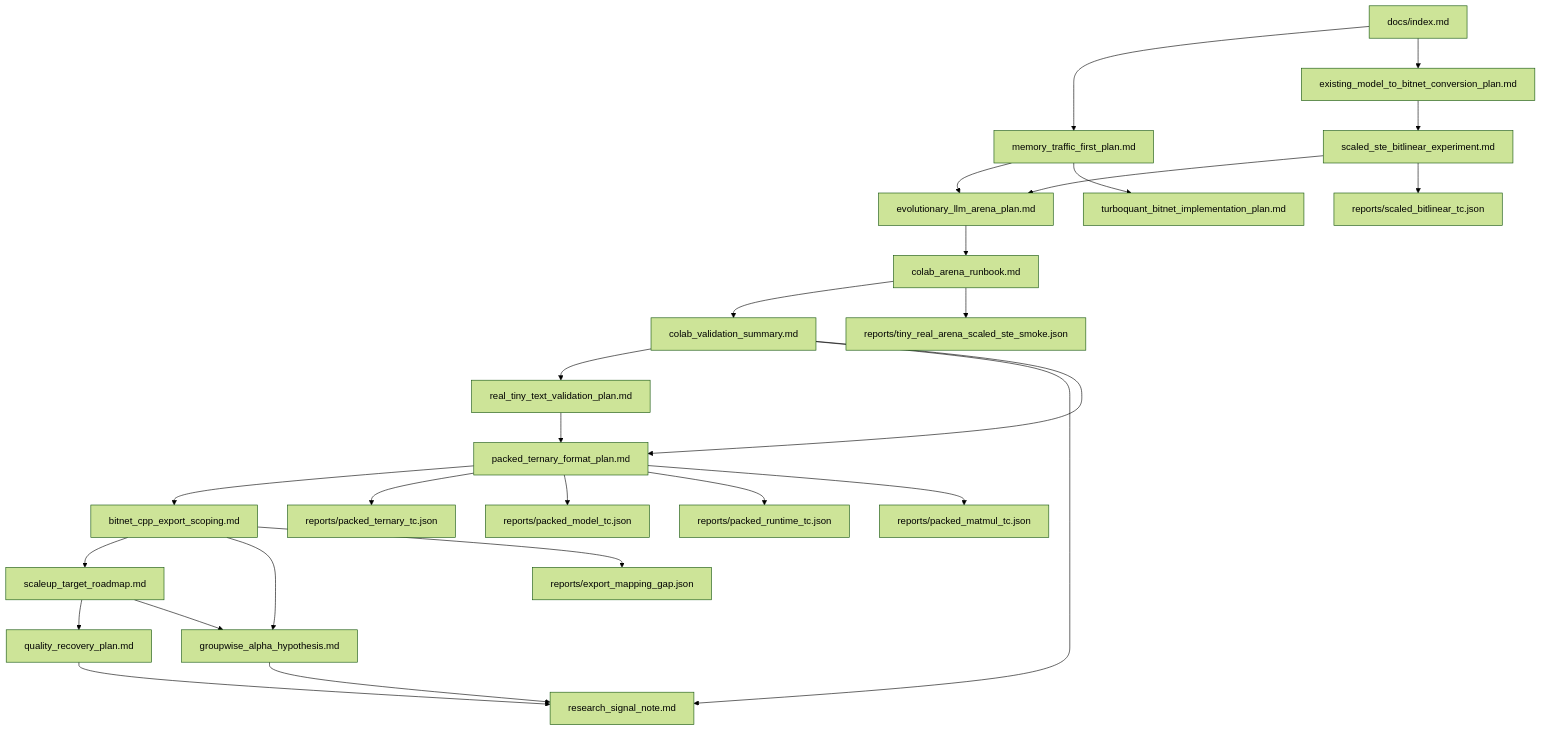
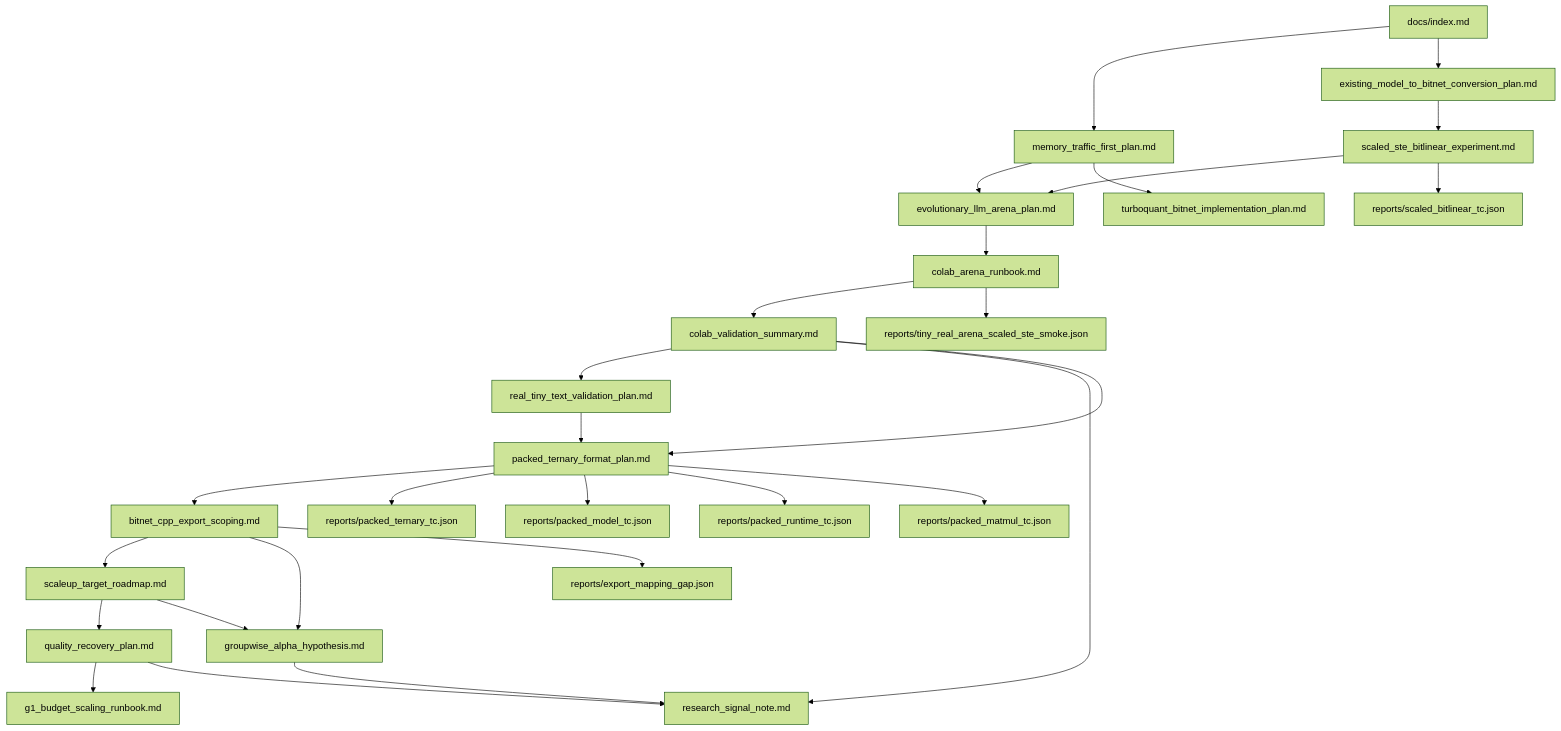
One commit to gtpk/BitNet-Transformers changed the diagram in docs/index.md. Above: the diagram before and after it, drawn with Mermaid (forest theme). The commit also changed other lines of this file and 5 other files, not shown here.

Commit message:
Prepare G1 budget-scaling run

````diff
--- a/docs/index.md
+++ b/docs/index.md
@@ -179,29 +190,30 @@
 ```mermaid
 flowchart TD
   A["docs/index.md"] --> B["memory_traffic_first_plan.md"]
   A --> C["existing_model_to_bitnet_conversion_plan.md"]
   C --> D["scaled_ste_bitlinear_experiment.md"]
   D --> E["evolutionary_llm_arena_plan.md"]
   E --> F["colab_arena_runbook.md"]
   F --> J["colab_validation_summary.md"]
   J --> K["real_tiny_text_validation_plan.md"]
   J --> L["research_signal_note.md"]
   J --> M["packed_ternary_format_plan.md"]
   K --> M["packed_ternary_format_plan.md"]
   M --> R["bitnet_cpp_export_scoping.md"]
   R --> U["scaleup_target_roadmap.md"]
   U --> V["quality_recovery_plan.md"]
+  V --> W["g1_budget_scaling_runbook.md"]
   R --> T["groupwise_alpha_hypothesis.md"]
   U --> T
   V --> L
   T --> L
   B --> E
   B --> G["turboquant_bitnet_implementation_plan.md"]
   F --> H["reports/tiny_real_arena_scaled_ste_smoke.json"]
   D --> I["reports/scaled_bitlinear_tc.json"]
   M --> N["reports/packed_ternary_tc.json"]
   M --> O["reports/packed_model_tc.json"]
   M --> P["reports/packed_runtime_tc.json"]
   M --> Q["reports/packed_matmul_tc.json"]
   R --> S["reports/export_mapping_gap.json"]
 ```
````
